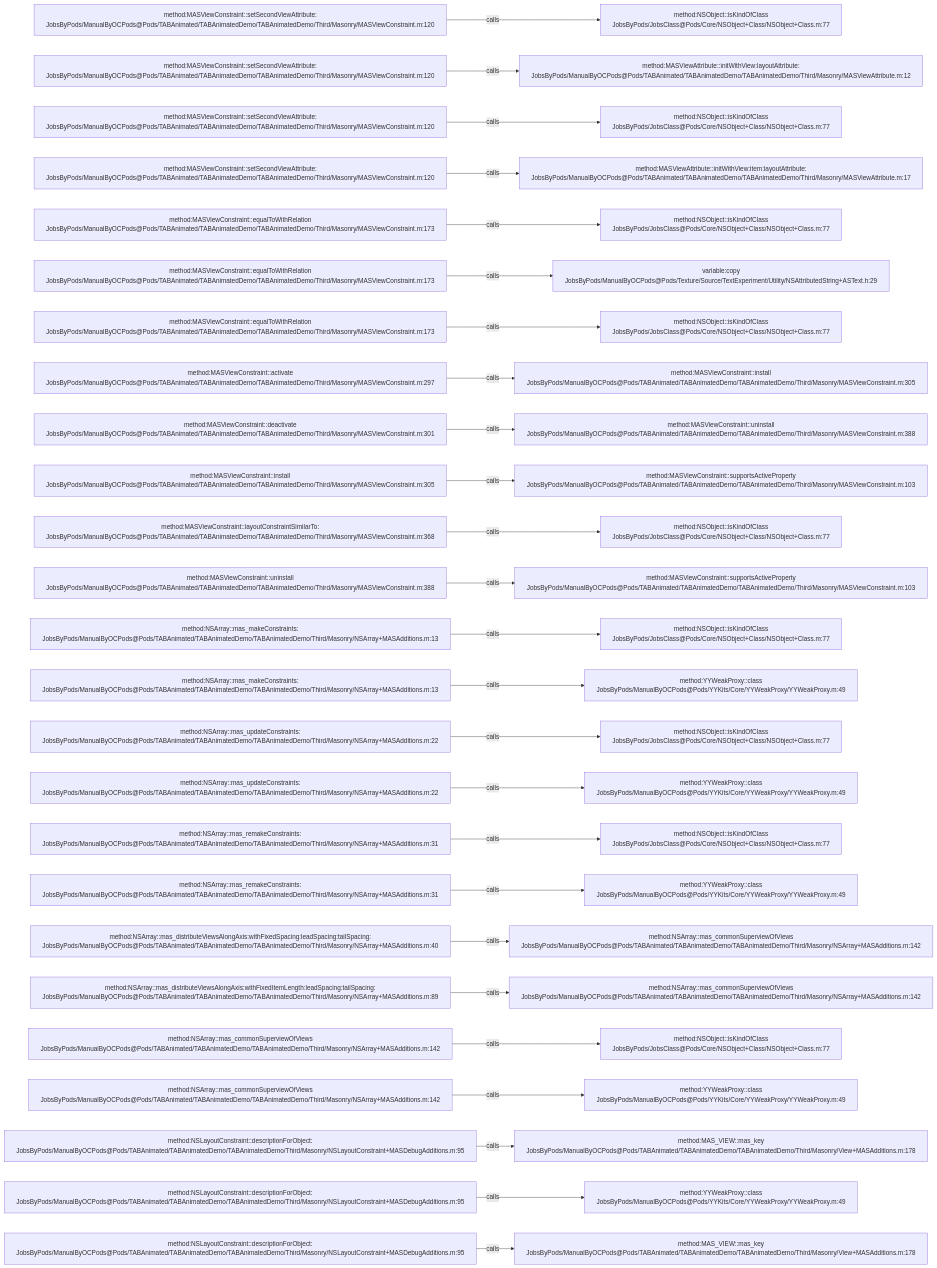
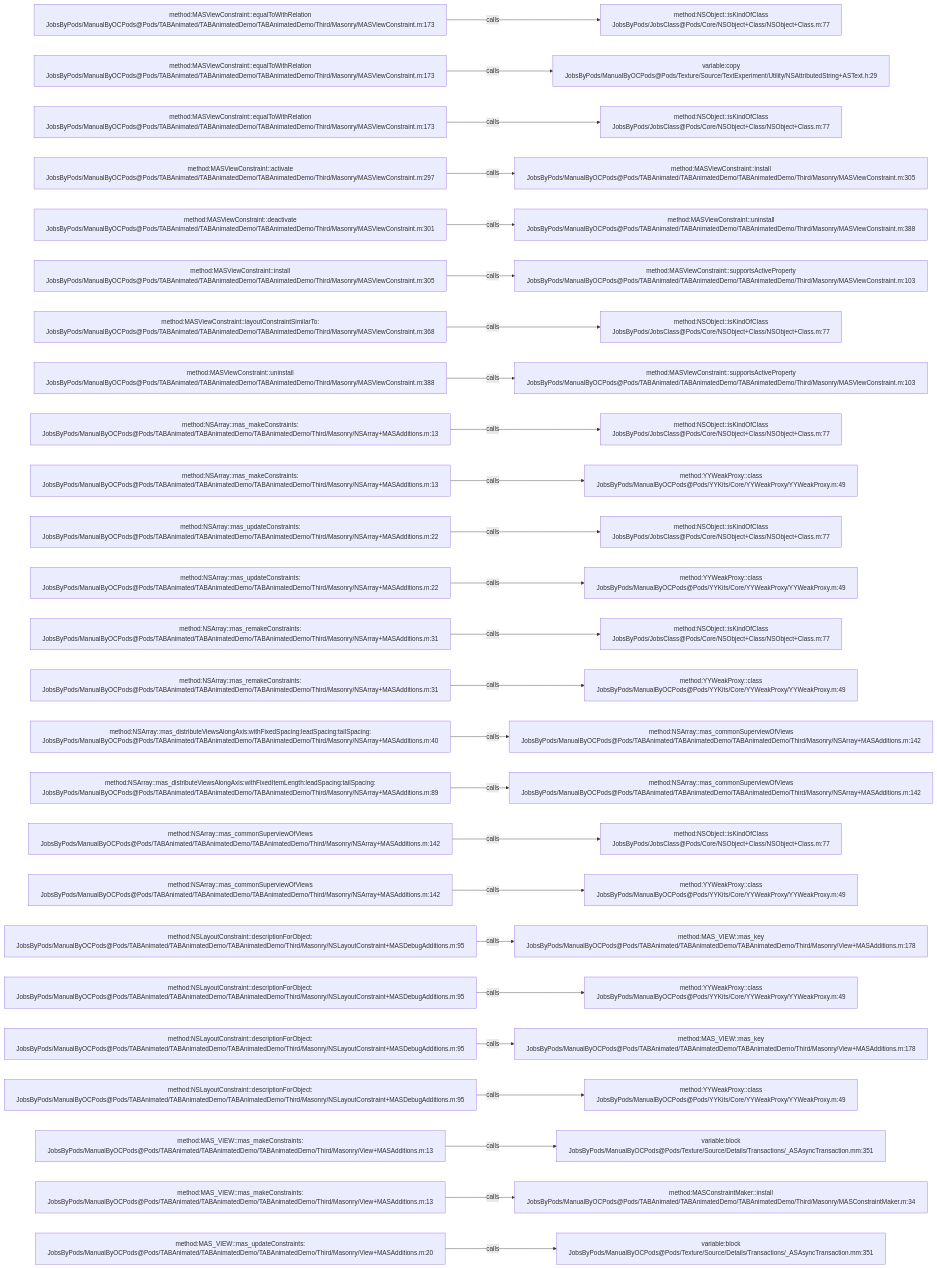
One commit to JobsKits/JobsOCBaseConfigDemo changed the diagram in .codegraph/codegraph.md/graphs/calls-043.md. Above: the diagram before and after it, drawn with Mermaid. The commit also changed 727 other files, not shown here.

````diff
--- a/.codegraph/codegraph.md/graphs/calls-043.md
+++ b/.codegraph/codegraph.md/graphs/calls-043.md
@@ -13,78 +13,78 @@
 ```mermaid
 flowchart LR
-  S1["method:MASViewConstraint::setSecondViewAttribute:<br/>JobsByPods/ManualByOCPods@Pods/TABAnimated/TABAnimatedDemo/TABAnimatedDemo/Third/Masonry/MASViewConstraint.m:120"]
+  S1["method:MASViewConstraint::equalToWithRelation<br/>JobsByPods/ManualByOCPods@Pods/TABAnimated/TABAnimatedDemo/TABAnimatedDemo/Third/Masonry/MASViewConstraint.m:173"]
   T1["method:NSObject::isKindOfClass<br/>JobsByPods/JobsClass@Pods/Core/NSObject+Class/NSObject+Class.m:77"]
   S1 -->|calls| T1
-  S2["method:MASViewConstraint::setSecondViewAttribute:<br/>JobsByPods/ManualByOCPods@Pods/TABAnimated/TABAnimatedDemo/TABAnimatedDemo/Third/Masonry/MASViewConstraint.m:120"]
-  T2["method:MASViewAttribute::initWithView:layoutAttribute:<br/>JobsByPods/ManualByOCPods@Pods/TABAnimated/TABAnimatedDemo/TABAnimatedDemo/Third/Masonry/MASViewAttribute.m:12"]
+  S2["method:MASViewConstraint::equalToWithRelation<br/>JobsByPods/ManualByOCPods@Pods/TABAnimated/TABAnimatedDemo/TABAnimatedDemo/Third/Masonry/MASViewConstraint.m:173"]
+  T2["variable:copy<br/>JobsByPods/ManualByOCPods@Pods/Texture/Source/TextExperiment/Utility/NSAttributedString+ASText.h:29"]
   S2 -->|calls| T2
-  S3["method:MASViewConstraint::setSecondViewAttribute:<br/>JobsByPods/ManualByOCPods@Pods/TABAnimated/TABAnimatedDemo/TABAnimatedDemo/Third/Masonry/MASViewConstraint.m:120"]
+  S3["method:MASViewConstraint::equalToWithRelation<br/>JobsByPods/ManualByOCPods@Pods/TABAnimated/TABAnimatedDemo/TABAnimatedDemo/Third/Masonry/MASViewConstraint.m:173"]
   T3["method:NSObject::isKindOfClass<br/>JobsByPods/JobsClass@Pods/Core/NSObject+Class/NSObject+Class.m:77"]
   S3 -->|calls| T3
-  S4["method:MASViewConstraint::setSecondViewAttribute:<br/>JobsByPods/ManualByOCPods@Pods/TABAnimated/TABAnimatedDemo/TABAnimatedDemo/Third/Masonry/MASViewConstraint.m:120"]
-  T4["method:MASViewAttribute::initWithView:item:layoutAttribute:<br/>JobsByPods/ManualByOCPods@Pods/TABAnimated/TABAnimatedDemo/TABAnimatedDemo/Third/Masonry/MASViewAttribute.m:17"]
+  S4["method:MASViewConstraint::activate<br/>JobsByPods/ManualByOCPods@Pods/TABAnimated/TABAnimatedDemo/TABAnimatedDemo/Third/Masonry/MASViewConstraint.m:297"]
+  T4["method:MASViewConstraint::install<br/>JobsByPods/ManualByOCPods@Pods/TABAnimated/TABAnimatedDemo/TABAnimatedDemo/Third/Masonry/MASViewConstraint.m:305"]
   S4 -->|calls| T4
-  S5["method:MASViewConstraint::equalToWithRelation<br/>JobsByPods/ManualByOCPods@Pods/TABAnimated/TABAnimatedDemo/TABAnimatedDemo/Third/Masonry/MASViewConstraint.m:173"]
-  T5["method:NSObject::isKindOfClass<br/>JobsByPods/JobsClass@Pods/Core/NSObject+Class/NSObject+Class.m:77"]
+  S5["method:MASViewConstraint::deactivate<br/>JobsByPods/ManualByOCPods@Pods/TABAnimated/TABAnimatedDemo/TABAnimatedDemo/Third/Masonry/MASViewConstraint.m:301"]
+  T5["method:MASViewConstraint::uninstall<br/>JobsByPods/ManualByOCPods@Pods/TABAnimated/TABAnimatedDemo/TABAnimatedDemo/Third/Masonry/MASViewConstraint.m:388"]
   S5 -->|calls| T5
-  S6["method:MASViewConstraint::equalToWithRelation<br/>JobsByPods/ManualByOCPods@Pods/TABAnimated/TABAnimatedDemo/TABAnimatedDemo/Third/Masonry/MASViewConstraint.m:173"]
-  T6["variable:copy<br/>JobsByPods/ManualByOCPods@Pods/Texture/Source/TextExperiment/Utility/NSAttributedString+ASText.h:29"]
+  S6["method:MASViewConstraint::install<br/>JobsByPods/ManualByOCPods@Pods/TABAnimated/TABAnimatedDemo/TABAnimatedDemo/Third/Masonry/MASViewConstraint.m:305"]
+  T6["method:MASViewConstraint::supportsActiveProperty<br/>JobsByPods/ManualByOCPods@Pods/TABAnimated/TABAnimatedDemo/TABAnimatedDemo/Third/Masonry/MASViewConstraint.m:103"]
   S6 -->|calls| T6
-  S7["method:MASViewConstraint::equalToWithRelation<br/>JobsByPods/ManualByOCPods@Pods/TABAnimated/TABAnimatedDemo/TABAnimatedDemo/Third/Masonry/MASViewConstraint.m:173"]
+  S7["method:MASViewConstraint::layoutConstraintSimilarTo:<br/>JobsByPods/ManualByOCPods@Pods/TABAnimated/TABAnimatedDemo/TABAnimatedDemo/Third/Masonry/MASViewConstraint.m:368"]
   T7["method:NSObject::isKindOfClass<br/>JobsByPods/JobsClass@Pods/Core/NSObject+Class/NSObject+Class.m:77"]
   S7 -->|calls| T7
-  S8["method:MASViewConstraint::activate<br/>JobsByPods/ManualByOCPods@Pods/TABAnimated/TABAnimatedDemo/TABAnimatedDemo/Third/Masonry/MASViewConstraint.m:297"]
-  T8["method:MASViewConstraint::install<br/>JobsByPods/ManualByOCPods@Pods/TABAnimated/TABAnimatedDemo/TABAnimatedDemo/Third/Masonry/MASViewConstraint.m:305"]
+  S8["method:MASViewConstraint::uninstall<br/>JobsByPods/ManualByOCPods@Pods/TABAnimated/TABAnimatedDemo/TABAnimatedDemo/Third/Masonry/MASViewConstraint.m:388"]
+  T8["method:MASViewConstraint::supportsActiveProperty<br/>JobsByPods/ManualByOCPods@Pods/TABAnimated/TABAnimatedDemo/TABAnimatedDemo/Third/Masonry/MASViewConstraint.m:103"]
   S8 -->|calls| T8
-  S9["method:MASViewConstraint::deactivate<br/>JobsByPods/ManualByOCPods@Pods/TABAnimated/TABAnimatedDemo/TABAnimatedDemo/Third/Masonry/MASViewConstraint.m:301"]
-  T9["method:MASViewConstraint::uninstall<br/>JobsByPods/ManualByOCPods@Pods/TABAnimated/TABAnimatedDemo/TABAnimatedDemo/Third/Masonry/MASViewConstraint.m:388"]
+  S9["method:NSArray::mas_makeConstraints:<br/>JobsByPods/ManualByOCPods@Pods/TABAnimated/TABAnimatedDemo/TABAnimatedDemo/Third/Masonry/NSArray+MASAdditions.m:13"]
+  T9["method:NSObject::isKindOfClass<br/>JobsByPods/JobsClass@Pods/Core/NSObject+Class/NSObject+Class.m:77"]
   S9 -->|calls| T9
-  S10["method:MASViewConstraint::install<br/>JobsByPods/ManualByOCPods@Pods/TABAnimated/TABAnimatedDemo/TABAnimatedDemo/Third/Masonry/MASViewConstraint.m:305"]
-  T10["method:MASViewConstraint::supportsActiveProperty<br/>JobsByPods/ManualByOCPods@Pods/TABAnimated/TABAnimatedDemo/TABAnimatedDemo/Third/Masonry/MASViewConstraint.m:103"]
+  S10["method:NSArray::mas_makeConstraints:<br/>JobsByPods/ManualByOCPods@Pods/TABAnimated/TABAnimatedDemo/TABAnimatedDemo/Third/Masonry/NSArray+MASAdditions.m:13"]
+  T10["method:YYWeakProxy::class<br/>JobsByPods/ManualByOCPods@Pods/YYKits/Core/YYWeakProxy/YYWeakProxy.m:49"]
   S10 -->|calls| T10
-  S11["method:MASViewConstraint::layoutConstraintSimilarTo:<br/>JobsByPods/ManualByOCPods@Pods/TABAnimated/TABAnimatedDemo/TABAnimatedDemo/Third/Masonry/MASViewConstraint.m:368"]
+  S11["method:NSArray::mas_updateConstraints:<br/>JobsByPods/ManualByOCPods@Pods/TABAnimated/TABAnimatedDemo/TABAnimatedDemo/Third/Masonry/NSArray+MASAdditions.m:22"]
   T11["method:NSObject::isKindOfClass<br/>JobsByPods/JobsClass@Pods/Core/NSObject+Class/NSObject+Class.m:77"]
   S11 -->|calls| T11
-  S12["method:MASViewConstraint::uninstall<br/>JobsByPods/ManualByOCPods@Pods/TABAnimated/TABAnimatedDemo/TABAnimatedDemo/Third/Masonry/MASViewConstraint.m:388"]
-  T12["method:MASViewConstraint::supportsActiveProperty<br/>JobsByPods/ManualByOCPods@Pods/TABAnimated/TABAnimatedDemo/TABAnimatedDemo/Third/Masonry/MASViewConstraint.m:103"]
+  S12["method:NSArray::mas_updateConstraints:<br/>JobsByPods/ManualByOCPods@Pods/TABAnimated/TABAnimatedDemo/TABAnimatedDemo/Third/Masonry/NSArray+MASAdditions.m:22"]
+  T12["method:YYWeakProxy::class<br/>JobsByPods/ManualByOCPods@Pods/YYKits/Core/YYWeakProxy/YYWeakProxy.m:49"]
   S12 -->|calls| T12
-  S13["method:NSArray::mas_makeConstraints:<br/>JobsByPods/ManualByOCPods@Pods/TABAnimated/TABAnimatedDemo/TABAnimatedDemo/Third/Masonry/NSArray+MASAdditions.m:13"]
+  S13["method:NSArray::mas_remakeConstraints:<br/>JobsByPods/ManualByOCPods@Pods/TABAnimated/TABAnimatedDemo/TABAnimatedDemo/Third/Masonry/NSArray+MASAdditions.m:31"]
   T13["method:NSObject::isKindOfClass<br/>JobsByPods/JobsClass@Pods/Core/NSObject+Class/NSObject+Class.m:77"]
   S13 -->|calls| T13
-  S14["method:NSArray::mas_makeConstraints:<br/>JobsByPods/ManualByOCPods@Pods/TABAnimated/TABAnimatedDemo/TABAnimatedDemo/Third/Masonry/NSArray+MASAdditions.m:13"]
+  S14["method:NSArray::mas_remakeConstraints:<br/>JobsByPods/ManualByOCPods@Pods/TABAnimated/TABAnimatedDemo/TABAnimatedDemo/Third/Masonry/NSArray+MASAdditions.m:31"]
   T14["method:YYWeakProxy::class<br/>JobsByPods/ManualByOCPods@Pods/YYKits/Core/YYWeakProxy/YYWeakProxy.m:49"]
   S14 -->|calls| T14
-  S15["method:NSArray::mas_updateConstraints:<br/>JobsByPods/ManualByOCPods@Pods/TABAnimated/TABAnimatedDemo/TABAnimatedDemo/Third/Masonry/NSArray+MASAdditions.m:22"]
-  T15["method:NSObject::isKindOfClass<br/>JobsByPods/JobsClass@Pods/Core/NSObject+Class/NSObject+Class.m:77"]
+  S15["method:NSArray::mas_distributeViewsAlongAxis:withFixedSpacing:leadSpacing:tailSpacing:<br/>JobsByPods/ManualByOCPods@Pods/TABAnimated/TABAnimatedDemo/TABAnimatedDemo/Third/Masonry/NSArray+MASAdditions.m:40"]
+  T15["method:NSArray::mas_commonSuperviewOfViews<br/>JobsByPods/ManualByOCPods@Pods/TABAnimated/TABAnimatedDemo/TABAnimatedDemo/Third/Masonry/NSArray+MASAdditions.m:142"]
   S15 -->|calls| T15
-  S16["method:NSArray::mas_updateConstraints:<br/>JobsByPods/ManualByOCPods@Pods/TABAnimated/TABAnimatedDemo/TABAnimatedDemo/Third/Masonry/NSArray+MASAdditions.m:22"]
-  T16["method:YYWeakProxy::class<br/>JobsByPods/ManualByOCPods@Pods/YYKits/Core/YYWeakProxy/YYWeakProxy.m:49"]
+  S16["method:NSArray::mas_distributeViewsAlongAxis:withFixedItemLength:leadSpacing:tailSpacing:<br/>JobsByPods/ManualByOCPods@Pods/TABAnimated/TABAnimatedDemo/TABAnimatedDemo/Third/Masonry/NSArray+MASAdditions.m:89"]
+  T16["method:NSArray::mas_commonSuperviewOfViews<br/>JobsByPods/ManualByOCPods@Pods/TABAnimated/TABAnimatedDemo/TABAnimatedDemo/Third/Masonry/NSArray+MASAdditions.m:142"]
   S16 -->|calls| T16
-  S17["method:NSArray::mas_remakeConstraints:<br/>JobsByPods/ManualByOCPods@Pods/TABAnimated/TABAnimatedDemo/TABAnimatedDemo/Third/Masonry/NSArray+MASAdditions.m:31"]
+  S17["method:NSArray::mas_commonSuperviewOfViews<br/>JobsByPods/ManualByOCPods@Pods/TABAnimated/TABAnimatedDemo/TABAnimatedDemo/Third/Masonry/NSArray+MASAdditions.m:142"]
   T17["method:NSObject::isKindOfClass<br/>JobsByPods/JobsClass@Pods/Core/NSObject+Class/NSObject+Class.m:77"]
   S17 -->|calls| T17
-  S18["method:NSArray::mas_remakeConstraints:<br/>JobsByPods/ManualByOCPods@Pods/TABAnimated/TABAnimatedDemo/TABAnimatedDemo/Third/Masonry/NSArray+MASAdditions.m:31"]
+  S18["method:NSArray::mas_commonSuperviewOfViews<br/>JobsByPods/ManualByOCPods@Pods/TABAnimated/TABAnimatedDemo/TABAnimatedDemo/Third/Masonry/NSArray+MASAdditions.m:142"]
   T18["method:YYWeakProxy::class<br/>JobsByPods/ManualByOCPods@Pods/YYKits/Core/YYWeakProxy/YYWeakProxy.m:49"]
   S18 -->|calls| T18
-  S19["method:NSArray::mas_distributeViewsAlongAxis:withFixedSpacing:leadSpacing:tailSpacing:<br/>JobsByPods/ManualByOCPods@Pods/TABAnimated/TABAnimatedDemo/TABAnimatedDemo/Third/Masonry/NSArray+MASAdditions.m:40"]
-  T19["method:NSArray::mas_commonSuperviewOfViews<br/>JobsByPods/ManualByOCPods@Pods/TABAnimated/TABAnimatedDemo/TABAnimatedDemo/Third/Masonry/NSArray+MASAdditions.m:142"]
+  S19["method:NSLayoutConstraint::descriptionForObject:<br/>JobsByPods/ManualByOCPods@Pods/TABAnimated/TABAnimatedDemo/TABAnimatedDemo/Third/Masonry/NSLayoutConstraint+MASDebugAdditions.m:95"]
+  T19["method:MAS_VIEW::mas_key<br/>JobsByPods/ManualByOCPods@Pods/TABAnimated/TABAnimatedDemo/TABAnimatedDemo/Third/Masonry/View+MASAdditions.m:178"]
   S19 -->|calls| T19
-  S20["method:NSArray::mas_distributeViewsAlongAxis:withFixedItemLength:leadSpacing:tailSpacing:<br/>JobsByPods/ManualByOCPods@Pods/TABAnimated/TABAnimatedDemo/TABAnimatedDemo/Third/Masonry/NSArray+MASAdditions.m:89"]
-  T20["method:NSArray::mas_commonSuperviewOfViews<br/>JobsByPods/ManualByOCPods@Pods/TABAnimated/TABAnimatedDemo/TABAnimatedDemo/Third/Masonry/NSArray+MASAdditions.m:142"]
+  S20["method:NSLayoutConstraint::descriptionForObject:<br/>JobsByPods/ManualByOCPods@Pods/TABAnimated/TABAnimatedDemo/TABAnimatedDemo/Third/Masonry/NSLayoutConstraint+MASDebugAdditions.m:95"]
+  T20["method:YYWeakProxy::class<br/>JobsByPods/ManualByOCPods@Pods/YYKits/Core/YYWeakProxy/YYWeakProxy.m:49"]
   S20 -->|calls| T20
-  S21["method:NSArray::mas_commonSuperviewOfViews<br/>JobsByPods/ManualByOCPods@Pods/TABAnimated/TABAnimatedDemo/TABAnimatedDemo/Third/Masonry/NSArray+MASAdditions.m:142"]
-  T21["method:NSObject::isKindOfClass<br/>JobsByPods/JobsClass@Pods/Core/NSObject+Class/NSObject+Class.m:77"]
+  S21["method:NSLayoutConstraint::descriptionForObject:<br/>JobsByPods/ManualByOCPods@Pods/TABAnimated/TABAnimatedDemo/TABAnimatedDemo/Third/Masonry/NSLayoutConstraint+MASDebugAdditions.m:95"]
+  T21["method:MAS_VIEW::mas_key<br/>JobsByPods/ManualByOCPods@Pods/TABAnimated/TABAnimatedDemo/TABAnimatedDemo/Third/Masonry/View+MASAdditions.m:178"]
   S21 -->|calls| T21
-  S22["method:NSArray::mas_commonSuperviewOfViews<br/>JobsByPods/ManualByOCPods@Pods/TABAnimated/TABAnimatedDemo/TABAnimatedDemo/Third/Masonry/NSArray+MASAdditions.m:142"]
+  S22["method:NSLayoutConstraint::descriptionForObject:<br/>JobsByPods/ManualByOCPods@Pods/TABAnimated/TABAnimatedDemo/TABAnimatedDemo/Third/Masonry/NSLayoutConstraint+MASDebugAdditions.m:95"]
   T22["method:YYWeakProxy::class<br/>JobsByPods/ManualByOCPods@Pods/YYKits/Core/YYWeakProxy/YYWeakProxy.m:49"]
   S22 -->|calls| T22
-  S23["method:NSLayoutConstraint::descriptionForObject:<br/>JobsByPods/ManualByOCPods@Pods/TABAnimated/TABAnimatedDemo/TABAnimatedDemo/Third/Masonry/NSLayoutConstraint+MASDebugAdditions.m:95"]
-  T23["method:MAS_VIEW::mas_key<br/>JobsByPods/ManualByOCPods@Pods/TABAnimated/TABAnimatedDemo/TABAnimatedDemo/Third/Masonry/View+MASAdditions.m:178"]
+  S23["method:MAS_VIEW::mas_makeConstraints:<br/>JobsByPods/ManualByOCPods@Pods/TABAnimated/TABAnimatedDemo/TABAnimatedDemo/Third/Masonry/View+MASAdditions.m:13"]
+  T23["variable:block<br/>JobsByPods/ManualByOCPods@Pods/Texture/Source/Details/Transactions/_ASAsyncTransaction.mm:351"]
   S23 -->|calls| T23
-  S24["method:NSLayoutConstraint::descriptionForObject:<br/>JobsByPods/ManualByOCPods@Pods/TABAnimated/TABAnimatedDemo/TABAnimatedDemo/Third/Masonry/NSLayoutConstraint+MASDebugAdditions.m:95"]
-  T24["method:YYWeakProxy::class<br/>JobsByPods/ManualByOCPods@Pods/YYKits/Core/YYWeakProxy/YYWeakProxy.m:49"]
+  S24["method:MAS_VIEW::mas_makeConstraints:<br/>JobsByPods/ManualByOCPods@Pods/TABAnimated/TABAnimatedDemo/TABAnimatedDemo/Third/Masonry/View+MASAdditions.m:13"]
+  T24["method:MASConstraintMaker::install<br/>JobsByPods/ManualByOCPods@Pods/TABAnimated/TABAnimatedDemo/TABAnimatedDemo/Third/Masonry/MASConstraintMaker.m:34"]
   S24 -->|calls| T24
-  S25["method:NSLayoutConstraint::descriptionForObject:<br/>JobsByPods/ManualByOCPods@Pods/TABAnimated/TABAnimatedDemo/TABAnimatedDemo/Third/Masonry/NSLayoutConstraint+MASDebugAdditions.m:95"]
-  T25["method:MAS_VIEW::mas_key<br/>JobsByPods/ManualByOCPods@Pods/TABAnimated/TABAnimatedDemo/TABAnimatedDemo/Third/Masonry/View+MASAdditions.m:178"]
+  S25["method:MAS_VIEW::mas_updateConstraints:<br/>JobsByPods/ManualByOCPods@Pods/TABAnimated/TABAnimatedDemo/TABAnimatedDemo/Third/Masonry/View+MASAdditions.m:20"]
+  T25["variable:block<br/>JobsByPods/ManualByOCPods@Pods/Texture/Source/Details/Transactions/_ASAsyncTransaction.mm:351"]
   S25 -->|calls| T25
 ```
````
